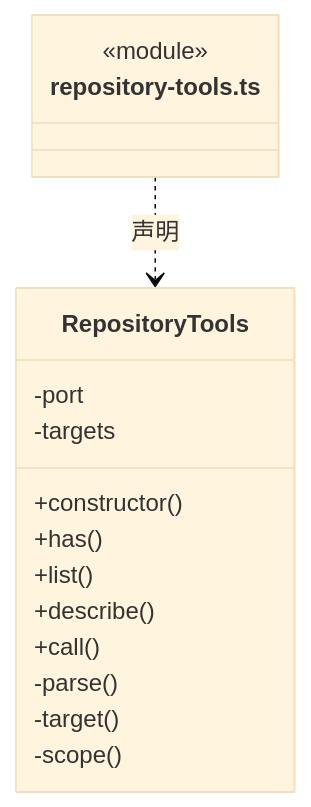
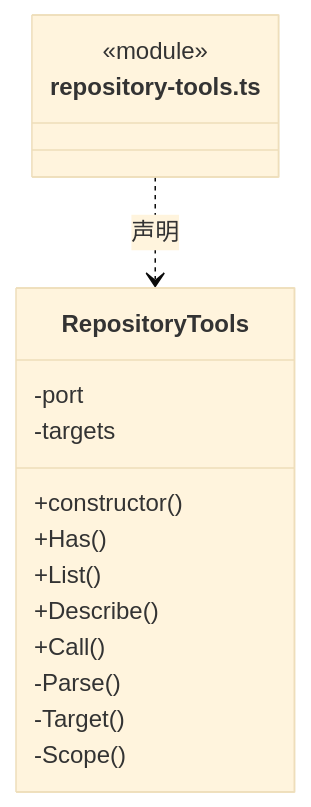
Diagram 18 of 24 in src/logic/tools/runtime/ARCHITECTURE.md (nan023062/cbim), drawn with Mermaid (base theme) before and after one commit. The commit also changed other lines of this file and 1035 other files, not shown here.

````diff
--- a/src/logic/tools/runtime/ARCHITECTURE.md
+++ b/src/logic/tools/runtime/ARCHITECTURE.md
@@ -421,19 +421,19 @@
 ```mermaid
 classDiagram
 class N_src_logic_tools_runtime_repository_tools_ts["repository-tools.ts"] {
   <<module>>
 }
 class N_src_logic_tools_runtime_repository_tools_ts_RepositoryTools["RepositoryTools"] {
   +constructor()
-  +has()
-  +list()
-  +describe()
-  +call()
+  +Has()
+  +List()
+  +Describe()
+  +Call()
   -port
   -targets
-  -parse()
-  -target()
-  -scope()
+  -Parse()
+  -Target()
+  -Scope()
 }
 N_src_logic_tools_runtime_repository_tools_ts ..> N_src_logic_tools_runtime_repository_tools_ts_RepositoryTools : 声明
 ```
````
